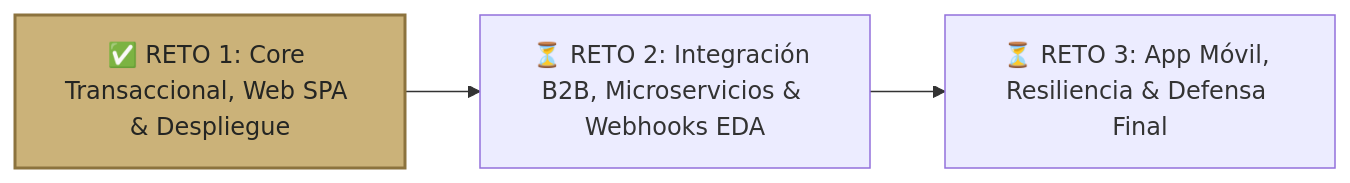
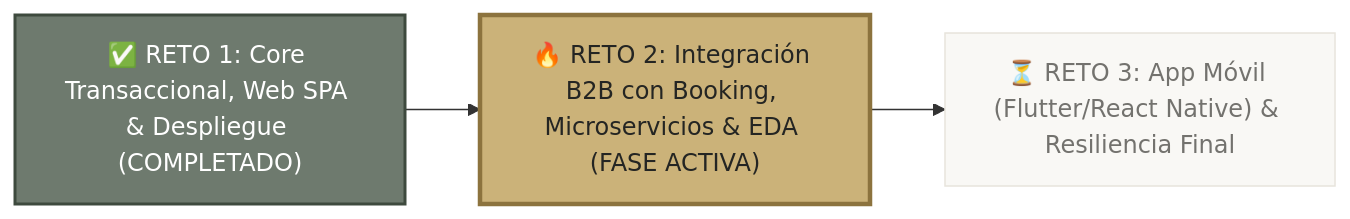
One commit to JArguelloC/habitat-ec changed the first of 2 diagrams in docs/Roadmap_Habitat_EC.md. Above: the diagram before and after it, drawn with Mermaid. The commit also changed other lines of this file and 2 other files, not shown here.

````diff
--- a/docs/Roadmap_Habitat_EC.md
+++ b/docs/Roadmap_Habitat_EC.md
@@ -11,8 +12,10 @@
 ```mermaid
 flowchart LR
-    R1["✅ RETO 1: Core Transaccional, Web SPA & Despliegue"]
-    R2["⏳ RETO 2: Integración B2B, Microservicios & Webhooks EDA"]
-    R3["⏳ RETO 3: App Móvil, Resiliencia & Defensa Final"]
+    R1["✅ RETO 1: Core Transaccional, Web SPA & Despliegue (COMPLETADO)"]
+    R2["🔥 RETO 2: Integración B2B con Booking, Microservicios & EDA (FASE ACTIVA)"]
+    R3["⏳ RETO 3: App Móvil (Flutter/React Native) & Resiliencia Final"]
     R1 --> R2 --> R3
-    style R1 fill:#CBB279,stroke:#8C733E,stroke-width:2px,color:#242523
+    style R1 fill:#6E7A6E,stroke:#3E4A3E,stroke-width:2px,color:#FFFFFF
+    style R2 fill:#CBB279,stroke:#8C733E,stroke-width:3px,color:#242523
+    style R3 fill:#F9F8F5,stroke:#E7E4DC,stroke-width:1px,color:#73726E
 ```
````
